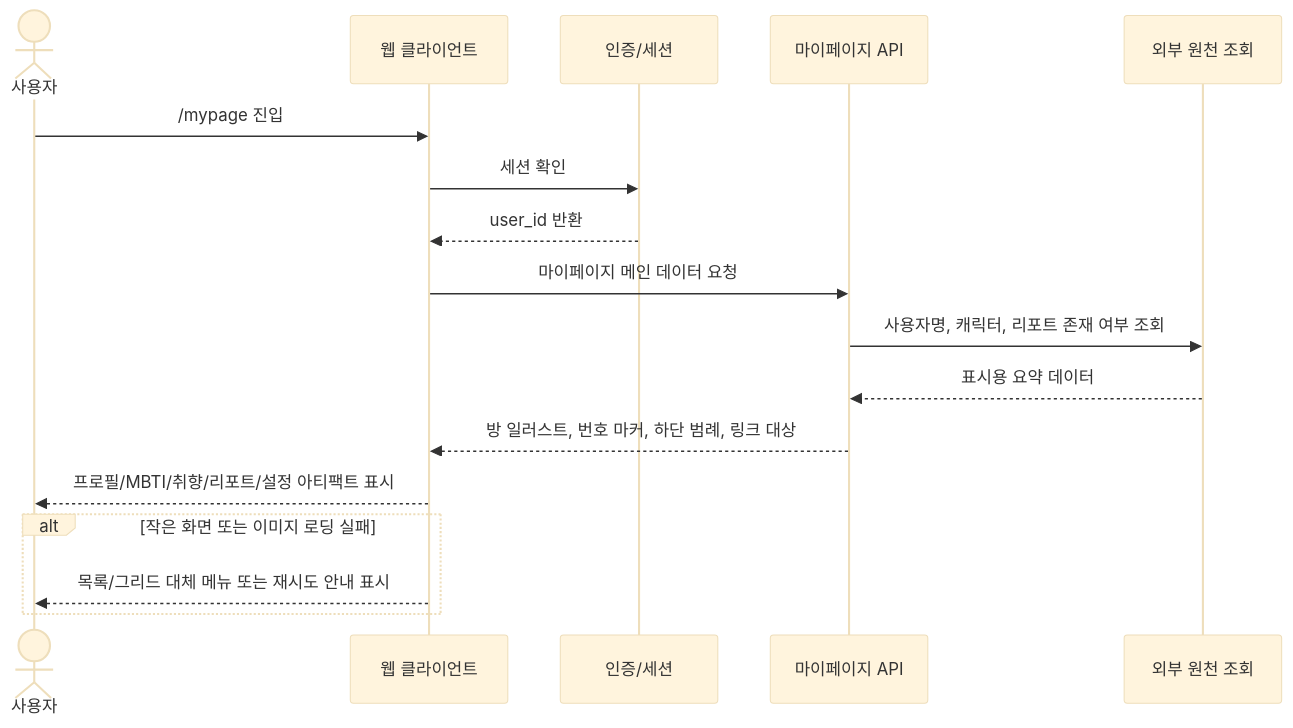
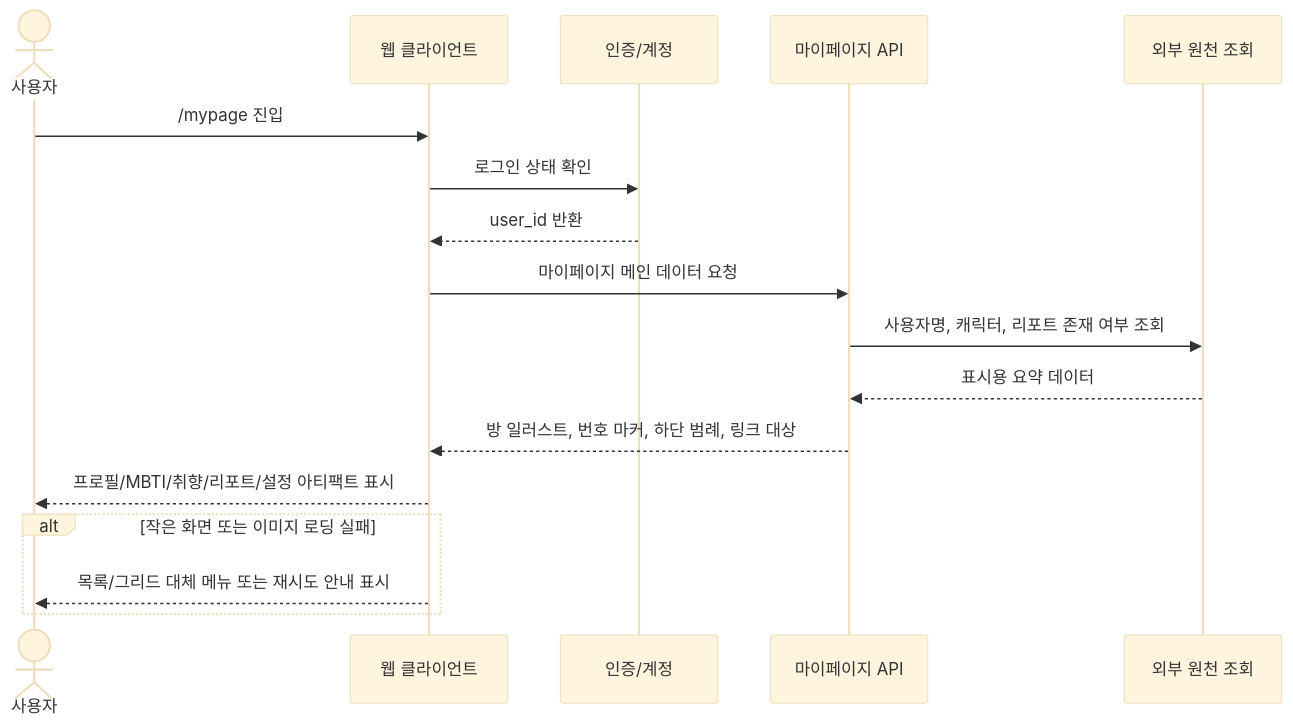
Before and after one commit to SKNETWORKS-FAMILY-AICAMP/SKN27-FINAL-4Team: the first of 8 diagrams in docs/한재웅/시퀀스다이어그램_MY_설정_관리자_v0.9.1.md, drawn with Mermaid (base theme). The commit also changed other lines of this file and 12 other files, not shown here.

````diff
--- a/docs/한재웅/시퀀스다이어그램_MY_설정_관리자_v0.9.1.md
+++ b/docs/한재웅/시퀀스다이어그램_MY_설정_관리자_v0.9.1.md
@@ -18,21 +18,21 @@
 ```mermaid
 sequenceDiagram
     actor U as 사용자
     participant Web as 웹 클라이언트
-    participant Auth as 인증/세션
+    participant Auth as 인증/계정
     participant My as 마이페이지 API
     participant Ext as 외부 원천 조회
 
     U->>Web: /mypage 진입
-    Web->>Auth: 세션 확인
+    Web->>Auth: 로그인 상태 확인
     Auth-->>Web: user_id 반환
     Web->>My: 마이페이지 메인 데이터 요청
     My->>Ext: 사용자명, 캐릭터, 리포트 존재 여부 조회
     Ext-->>My: 표시용 요약 데이터
     My-->>Web: 방 일러스트, 번호 마커, 하단 범례, 링크 대상
     Web-->>U: 프로필/MBTI/취향/리포트/설정 아티팩트 표시
 
     alt 작은 화면 또는 이미지 로딩 실패
         Web-->>U: 목록/그리드 대체 메뉴 또는 재시도 안내 표시
     end
 ```
````
